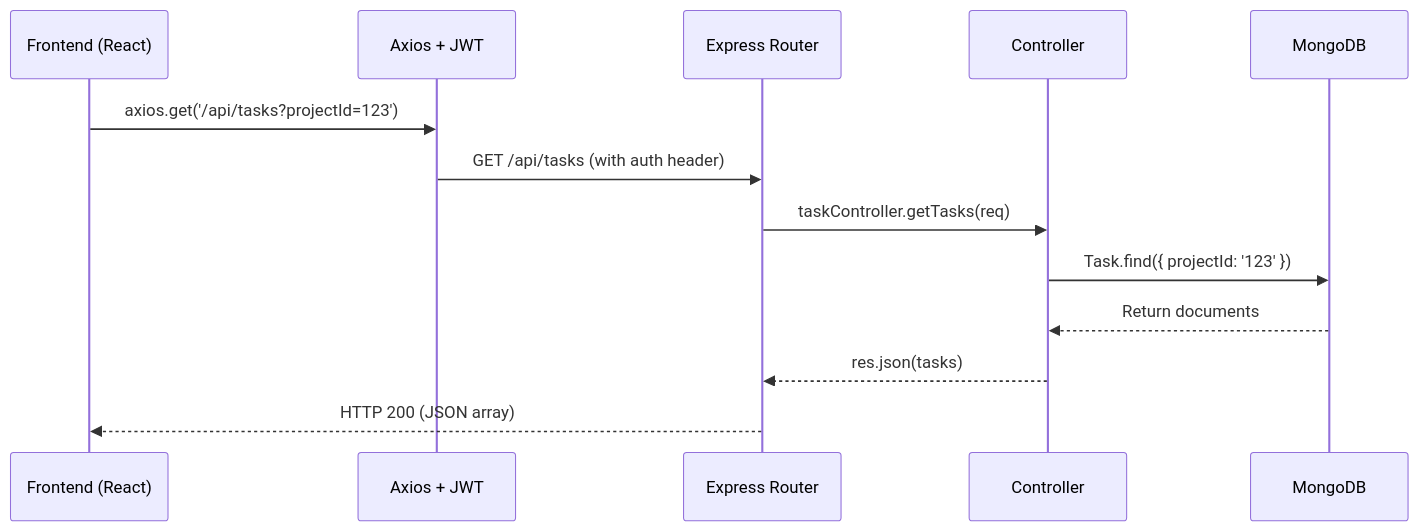
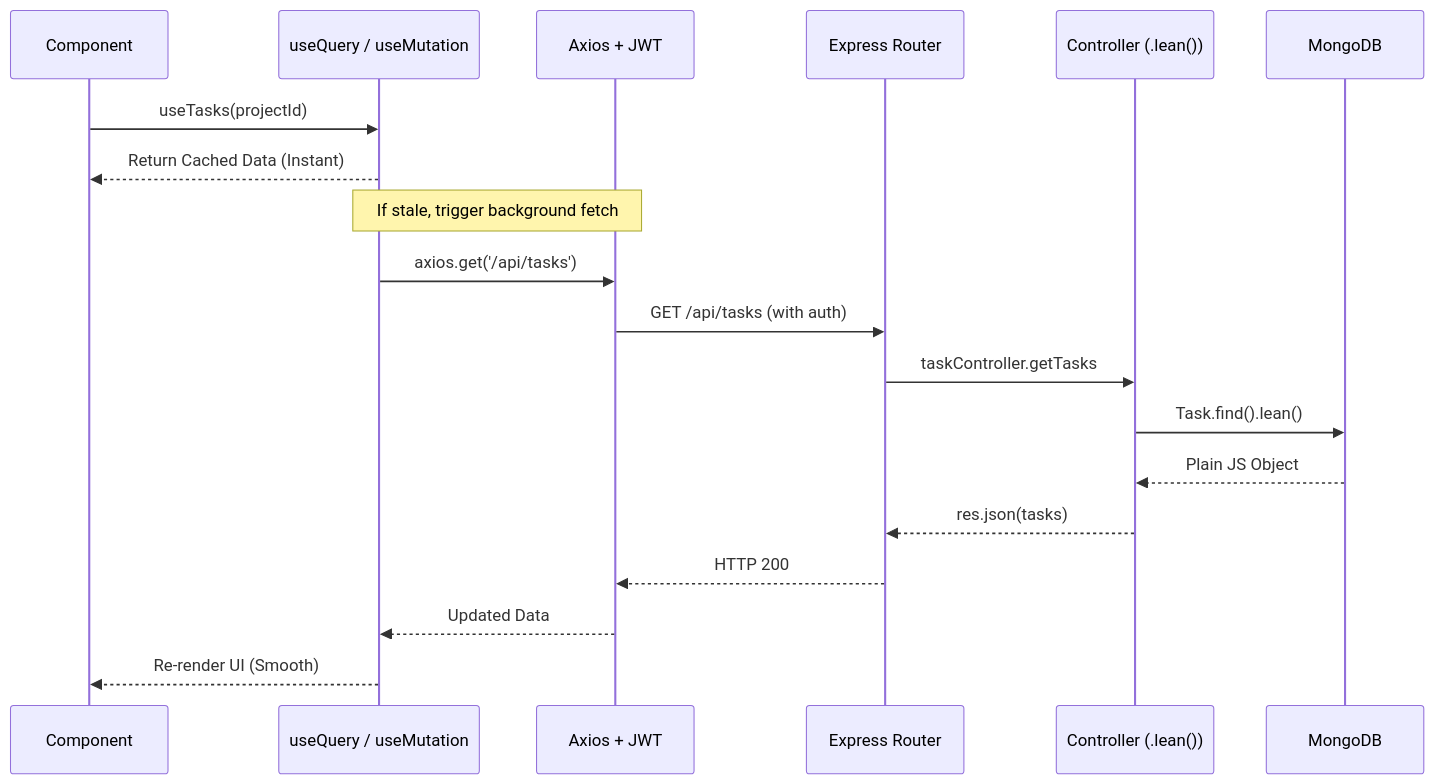
The second of 3 diagrams in agentic_memory/backend_frontend_linkage.md (RaghavSobti37/Taskmaster), drawn with Mermaid before and after one commit. The commit also changed other lines of this file and 40 other files, not shown here.

Commit message:
feat: implement React Query optimization and update documentation

````diff
--- a/agentic_memory/backend_frontend_linkage.md
+++ b/agentic_memory/backend_frontend_linkage.md
@@ -50,16 +57,22 @@
 ```mermaid
 sequenceDiagram
-    participant UI as Frontend (React)
+    participant UI as Component
+    participant RQ as useQuery / useMutation
     participant AX as Axios + JWT
     participant RT as Express Router
-    participant CT as Controller
+    participant CT as Controller (.lean())
     participant DB as MongoDB
 
-    UI->>AX: axios.get('/api/tasks?projectId=123')
-    AX->>RT: GET /api/tasks (with auth header)
-    RT->>CT: taskController.getTasks(req)
-    CT->>DB: Task.find({ projectId: '123' })
-    DB-->>CT: Return documents
+    UI->>RQ: useTasks(projectId)
+    RQ-->>UI: Return Cached Data (Instant)
+    Note over RQ,AX: If stale, trigger background fetch
+    RQ->>AX: axios.get('/api/tasks')
+    AX->>RT: GET /api/tasks (with auth)
+    RT->>CT: taskController.getTasks
+    CT->>DB: Task.find().lean()
+    DB-->>CT: Plain JS Object
     CT-->>RT: res.json(tasks)
-    RT-->>UI: HTTP 200 (JSON array)
+    RT-->>AX: HTTP 200
+    AX-->>RQ: Updated Data
+    RQ-->>UI: Re-render UI (Smooth)
 ```
````
